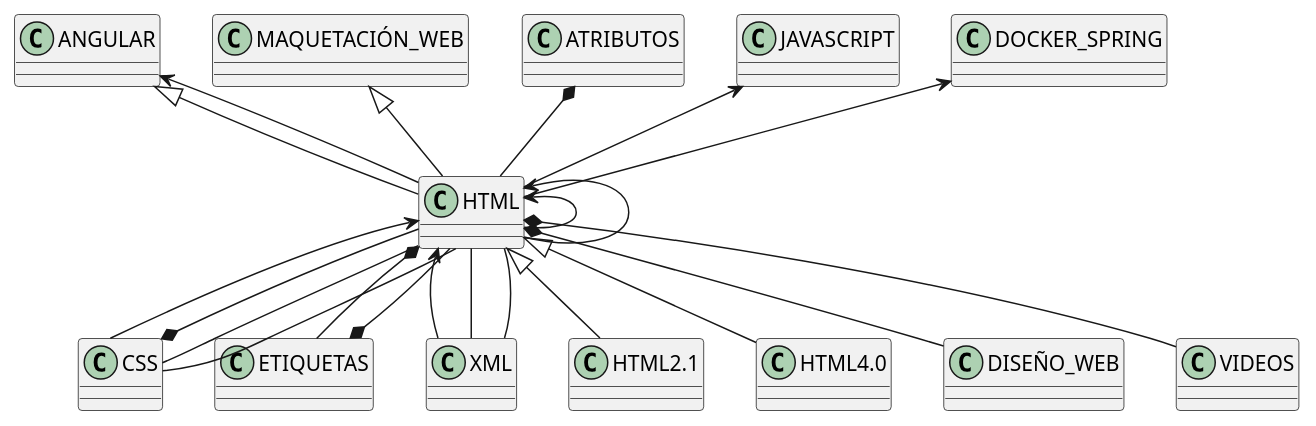
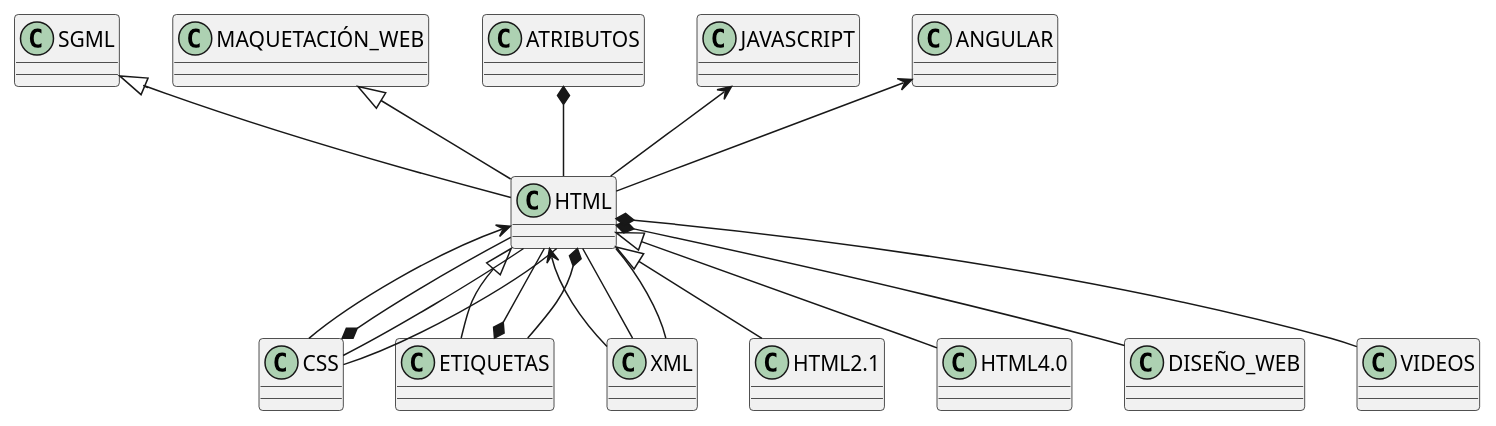
One commit to CodeURJC-DAW-2018-19/santatecla-relaciones-2 changed the diagram in relman/images/contextHTML.plantuml. Above: the diagram before and after it, drawn with PlantUML. The commit also changed 20 other files, not shown here.

Commit message:
Api Get UML - DONE

```diff
--- a/relman/images/contextHTML.plantuml
+++ b/relman/images/contextHTML.plantuml
@@ -1,24 +1,22 @@
 @startuml 
  set namespaceSeparator none
-ANGULAR <|-- HTML
+SGML <|-- HTML
 MAQUETACIÓN_WEB <|-- HTML
 CSS *-- HTML
 ETIQUETAS *-- HTML
 ATRIBUTOS *-- HTML
 JAVASCRIPT <-- HTML
 ANGULAR <-- HTML
-DOCKER_SPRING <-- HTML
-HTML <-- HTML
 CSS -- HTML
 XML -- HTML
 HTML <|-- HTML2.1
 HTML <|-- HTML4.0
+HTML <|-- ETIQUETAS
 HTML *-- DISEÑO_WEB
 HTML *-- ETIQUETAS
 HTML *-- VIDEOS
 HTML <-- CSS
 HTML <-- XML
-HTML <-- HTML
 HTML -- CSS
 HTML -- XML
 @enduml
```
